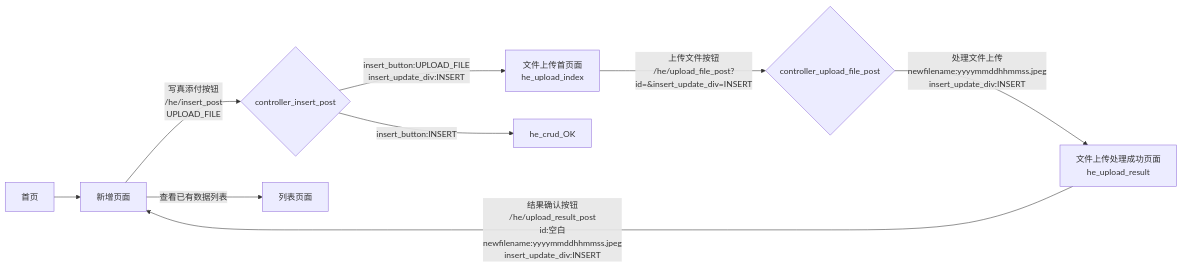
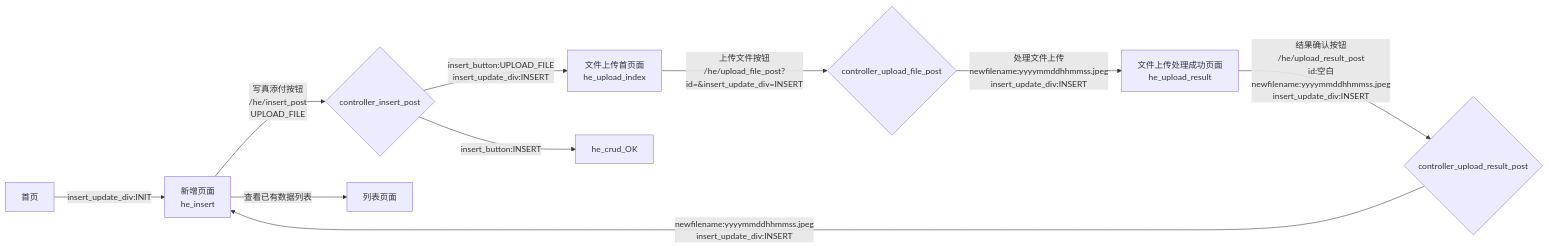
The diagram in doc/he/readme.md (plseal/zhangzu), drawn with Mermaid before and after one commit.

````diff
--- a/doc/he/readme.md
+++ b/doc/he/readme.md
@@ -1,11 +1,12 @@
 ```mermaid
 graph LR
-A[首页] --> B[新增页面]
+A[首页] -->|insert_update_div:INIT| B[新增页面<br>he_insert]
 B --> |写真添付按钮<br>/he/insert_post<br>UPLOAD_FILE|G{controller_insert_post}
 G-->|insert_button:UPLOAD_FILE<br>insert_update_div:INSERT| C[文件上传首页面<br>he_upload_index]
 G-->|insert_button:INSERT| H[he_crud_OK]
 C -->|上传文件按钮<br>/he/upload_file_post?id=&insert_update_div=INSERT| I{controller_upload_file_post}
-I-->|处理文件上传<br>newfilename:yyyymmddhhmmss.jpeg<br>insert_update_div:INSERT| F[文件上传处理成功页面<br>he_upload_result] 
-F-->|结果确认按钮<br>/he/upload_result_post<br>id:空白<br>newfilename:yyyymmddhhmmss.jpeg<br>insert_update_div:INSERT| B
+I-->|处理文件上传<br>newfilename:yyyymmddhhmmss.jpeg<br>insert_update_div:INSERT| F[文件上传处理成功页面<br>he_upload_result]
+F-->|结果确认按钮<br>/he/upload_result_post<br>id:空白<br>newfilename:yyyymmddhhmmss.jpeg<br>insert_update_div:INSERT| J{controller_upload_result_post}
+J -->|newfilename:yyyymmddhhmmss.jpeg<br>insert_update_div:INSERT| B
 B -->|查看已有数据列表| D[列表页面]
 ```
````
